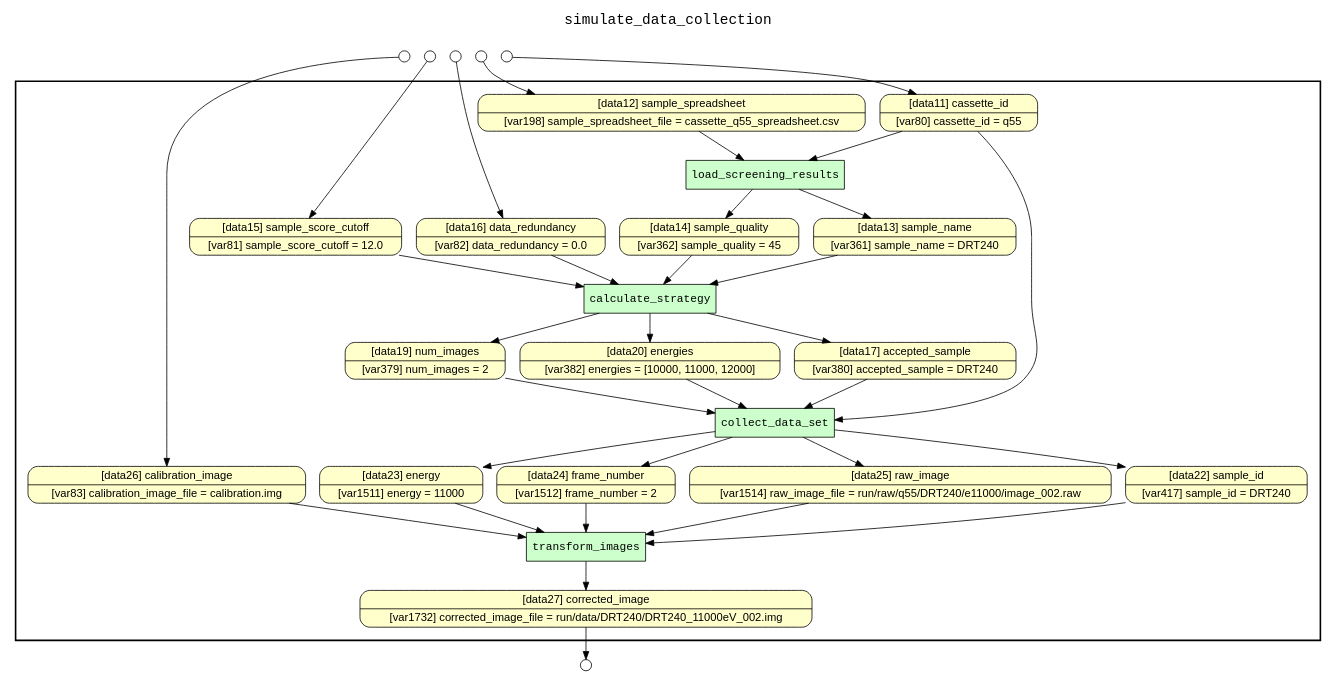
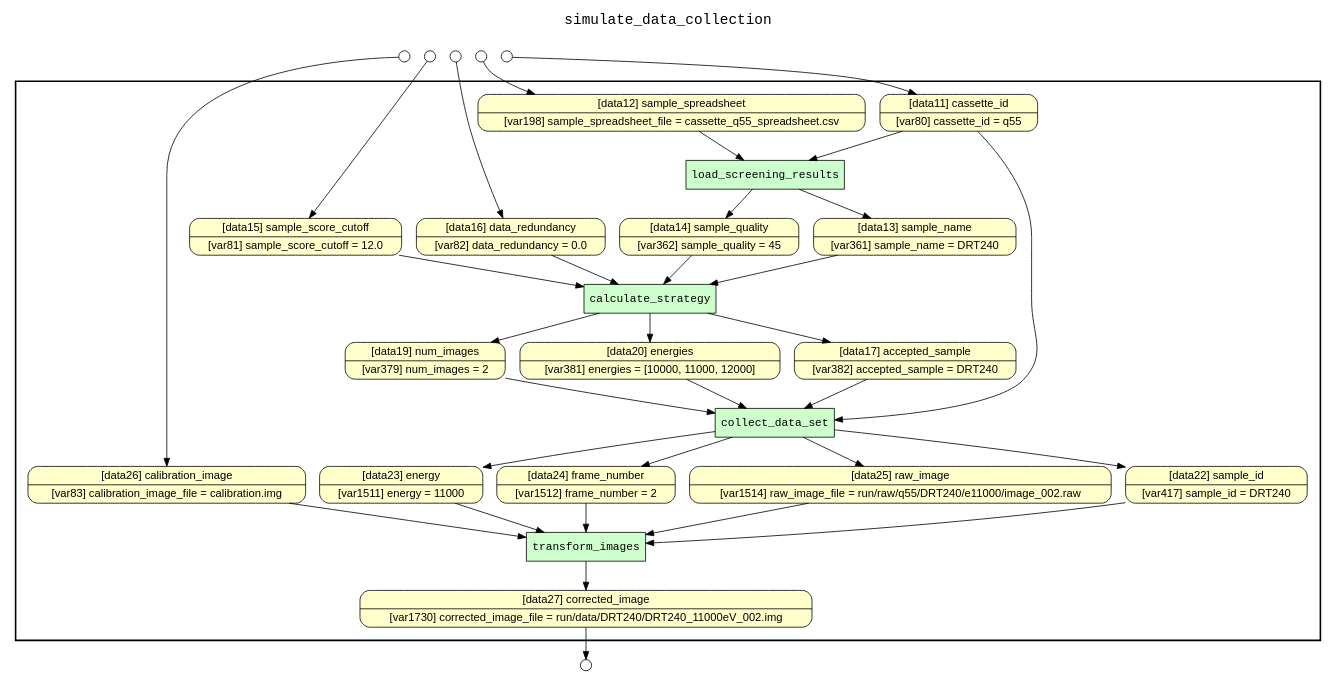
Before and after one commit to yesworkflow-org/yw-noworkflow: the diagram in examples/simulate_data_collection/yw_nw_retrospective_lineage.gv, drawn with Graphviz. The commit also changed 29 other files, not shown here.

```diff
--- a/examples/simulate_data_collection/yw_nw_retrospective_lineage.gv
+++ b/examples/simulate_data_collection/yw_nw_retrospective_lineage.gv
@@ -1,76 +1,76 @@
 
 digraph yw_data_view {
 rankdir=TB
 fontname=Courier; fontsize=18; labelloc=t
 label="simulate_data_collection"
 subgraph cluster_workflow { label=""; color=black; penwidth=2
 subgraph cluster_workflow_inner { label=""; color=white
 node[shape=box style="filled" fillcolor="#CCFFCC" peripheries=1 fontname=Courier]
 collect_data_set
 calculate_strategy
 load_screening_results
 transform_images
 node[shape=box style="filled" fillcolor="#CCFFCC" peripheries=1 fontname=Courier]
 node[shape=box style="rounded,filled" fillcolor="#FFFFCC" peripheries=1 fontname=Helvetica]
 cassette_id [shape=record rankdir=LR label="{<f0> [data11] cassette_id |<f1> [var80] cassette_id = q55}"]
 sample_spreadsheet [shape=record rankdir=LR label="{<f0> [data12] sample_spreadsheet |<f1> [var198] sample_spreadsheet_file = cassette_q55_spreadsheet.csv}"]
 sample_name [shape=record rankdir=LR label="{<f0> [data13] sample_name |<f1> [var361] sample_name = DRT240}"]
 sample_quality [shape=record rankdir=LR label="{<f0> [data14] sample_quality |<f1> [var362] sample_quality = 45}"]
 sample_score_cutoff [shape=record rankdir=LR label="{<f0> [data15] sample_score_cutoff |<f1> [var81] sample_score_cutoff = 12.0}"]
 data_redundancy [shape=record rankdir=LR label="{<f0> [data16] data_redundancy |<f1> [var82] data_redundancy = 0.0}"]
-accepted_sample [shape=record rankdir=LR label="{<f0> [data17] accepted_sample |<f1> [var380] accepted_sample = DRT240}"]
+accepted_sample [shape=record rankdir=LR label="{<f0> [data17] accepted_sample |<f1> [var382] accepted_sample = DRT240}"]
 num_images [shape=record rankdir=LR label="{<f0> [data19] num_images |<f1> [var379] num_images = 2}"]
-energies [shape=record rankdir=LR label="{<f0> [data20] energies |<f1> [var382] energies = [10000, 11000, 12000]}"]
+energies [shape=record rankdir=LR label="{<f0> [data20] energies |<f1> [var381] energies = [10000, 11000, 12000]}"]
 sample_id [shape=record rankdir=LR label="{<f0> [data22] sample_id |<f1> [var417] sample_id = DRT240}"]
 energy [shape=record rankdir=LR label="{<f0> [data23] energy |<f1> [var1511] energy = 11000}"]
 frame_number [shape=record rankdir=LR label="{<f0> [data24] frame_number |<f1> [var1512] frame_number = 2}"]
 raw_image [shape=record rankdir=LR label="{<f0> [data25] raw_image |<f1> [var1514] raw_image_file = run/raw/q55/DRT240/e11000/image_002.raw}"]
 calibration_image [shape=record rankdir=LR label="{<f0> [data26] calibration_image |<f1> [var83] calibration_image_file = calibration.img}"]
-corrected_image [shape=record rankdir=LR label="{<f0> [data27] corrected_image |<f1> [var1732] corrected_image_file = run/data/DRT240/DRT240_11000eV_002.img}"]
+corrected_image [shape=record rankdir=LR label="{<f0> [data27] corrected_image |<f1> [var1730] corrected_image_file = run/data/DRT240/DRT240_11000eV_002.img}"]
 }}
 subgraph cluster_inflows { label=""; color=white; penwidth=2
 subgraph cluster_inflows_inner { label=""; color=white
 node[shape=circle fillcolor="#FFFFFF" peripheries=1 width=0.2]
 sample_spreadsheet_inflow [label=""]
 calibration_image_inflow [label=""]
 sample_score_cutoff_inflow [label=""]
 data_redundancy_inflow [label=""]
 cassette_id_inflow [label=""]
 }}
 subgraph cluster_outflows { label=""; color=white; penwidth=2
 subgraph cluster_outflows_inner { label=""; color=white
 node[shape=circle fillcolor="#FFFFFF" peripheries=1 width=0.2]
 corrected_image_outflow [label=""]
 }}
-cassette_id -> collect_data_set
-cassette_id -> load_screening_results
 frame_number -> transform_images
 energy -> transform_images
 sample_id -> transform_images
+sample_score_cutoff -> calculate_strategy
 raw_image -> transform_images
 calibration_image -> transform_images
 data_redundancy -> calculate_strategy
-sample_score_cutoff -> calculate_strategy
 num_images -> collect_data_set
 sample_name -> calculate_strategy
 sample_spreadsheet -> load_screening_results
 energies -> collect_data_set
 sample_quality -> calculate_strategy
 accepted_sample -> collect_data_set
+cassette_id -> collect_data_set
+cassette_id -> load_screening_results
 load_screening_results -> sample_name
 load_screening_results -> sample_quality
 calculate_strategy -> accepted_sample
 calculate_strategy -> num_images
 calculate_strategy -> energies
 collect_data_set -> sample_id
 collect_data_set -> energy
 collect_data_set -> frame_number
 collect_data_set -> raw_image
 transform_images -> corrected_image
 sample_spreadsheet_inflow -> sample_spreadsheet
 calibration_image_inflow -> calibration_image
 sample_score_cutoff_inflow -> sample_score_cutoff
 data_redundancy_inflow -> data_redundancy
 cassette_id_inflow -> cassette_id
 corrected_image -> corrected_image_outflow
 }
```
